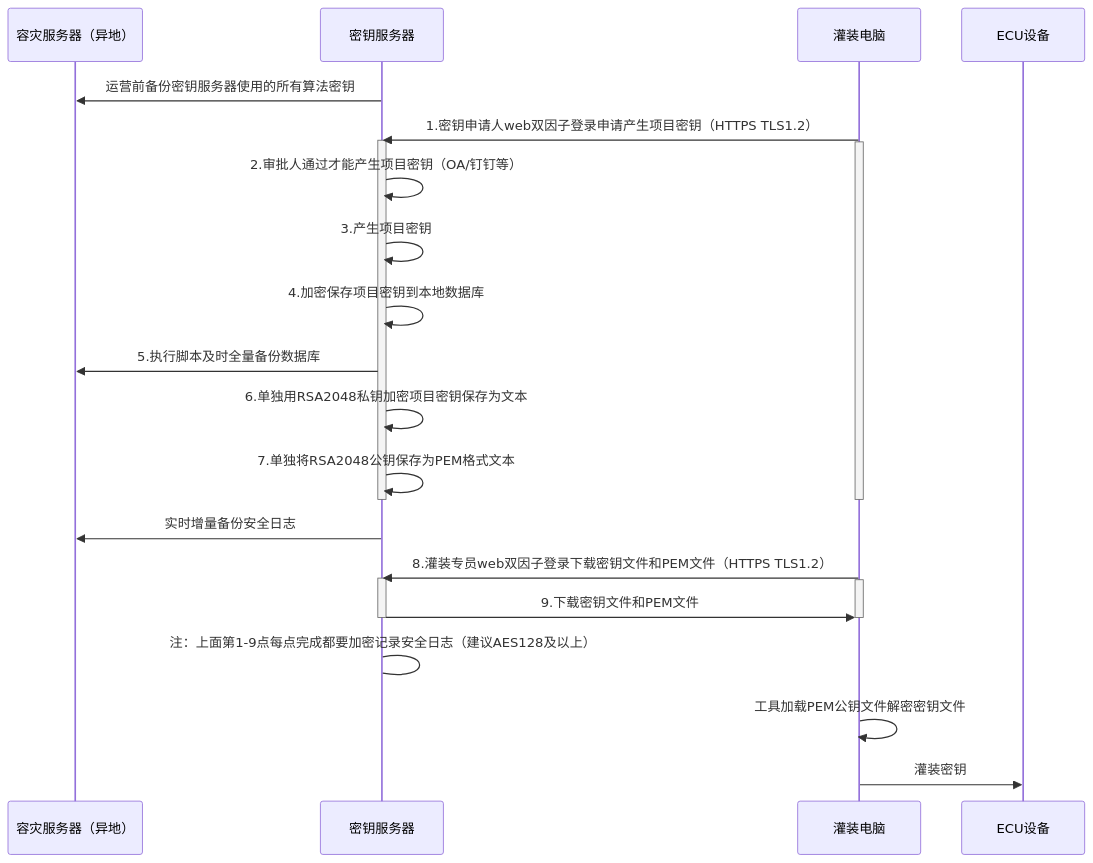
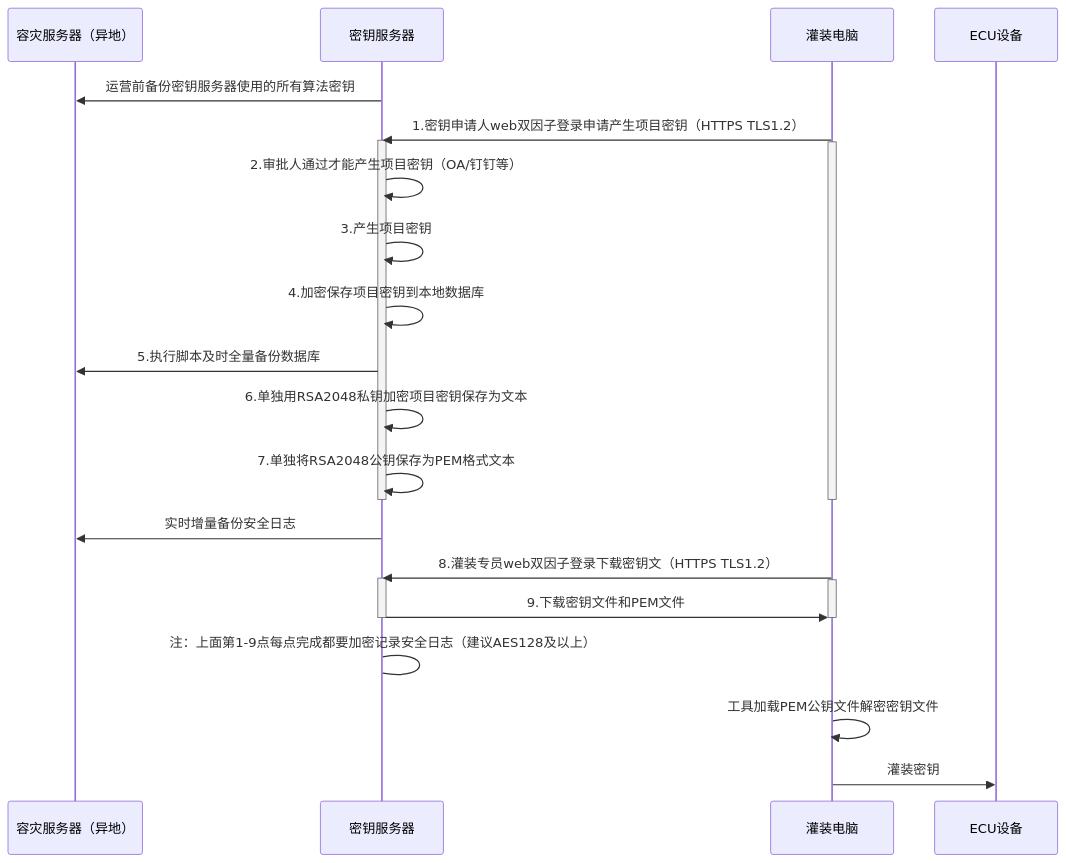
The diagram in all/未命名-15.md (facebook-cloud/iodraw-files), drawn with Mermaid before and after one commit.

Commit message:
2026-02-12 17:16:32 update

````diff
--- a/all/未命名-15.md
+++ b/all/未命名-15.md
@@ -1,34 +1,34 @@
 ```mermaid
 sequenceDiagram
     participant A as 容灾服务器（异地）
     participant B as 密钥服务器
     participant D as 灌装电脑
     participant E as ECU设备
 
     B->>A: 运营前备份密钥服务器使用的所有算法密钥
     D->>B: 1.密钥申请人web双因子登录申请产生项目密钥（HTTPS TLS1.2）
     activate B
     activate D
     B->>B: 2.审批人通过才能产生项目密钥（OA/钉钉等）
     B->>B: 3.产生项目密钥
     B->>B: 4.加密保存项目密钥到本地数据库
     B->>A: 5.执行脚本及时全量备份数据库
     B->>B: 6.单独用RSA2048私钥加密项目密钥保存为文本
     B->>B: 7.单独将RSA2048公钥保存为PEM格式文本
     deactivate B
     deactivate D
 
     B->>A: 实时增量备份安全日志
     
-    D->>B: 8.灌装专员web双因子登录下载密钥文件和PEM文件（HTTPS TLS1.2）
+    D->>B: 8.灌装专员web双因子登录下载密钥文（HTTPS TLS1.2）
     activate B
     activate D
     B->>D: 9.下载密钥文件和PEM文件
     deactivate B
     deactivate D
     B->B: 注：上面第1-9点每点完成都要加密记录安全日志（建议AES128及以上）
 
     D->>D:工具加载PEM公钥文件解密密钥文件
     
     D->>E: 灌装密钥
 ```
````
